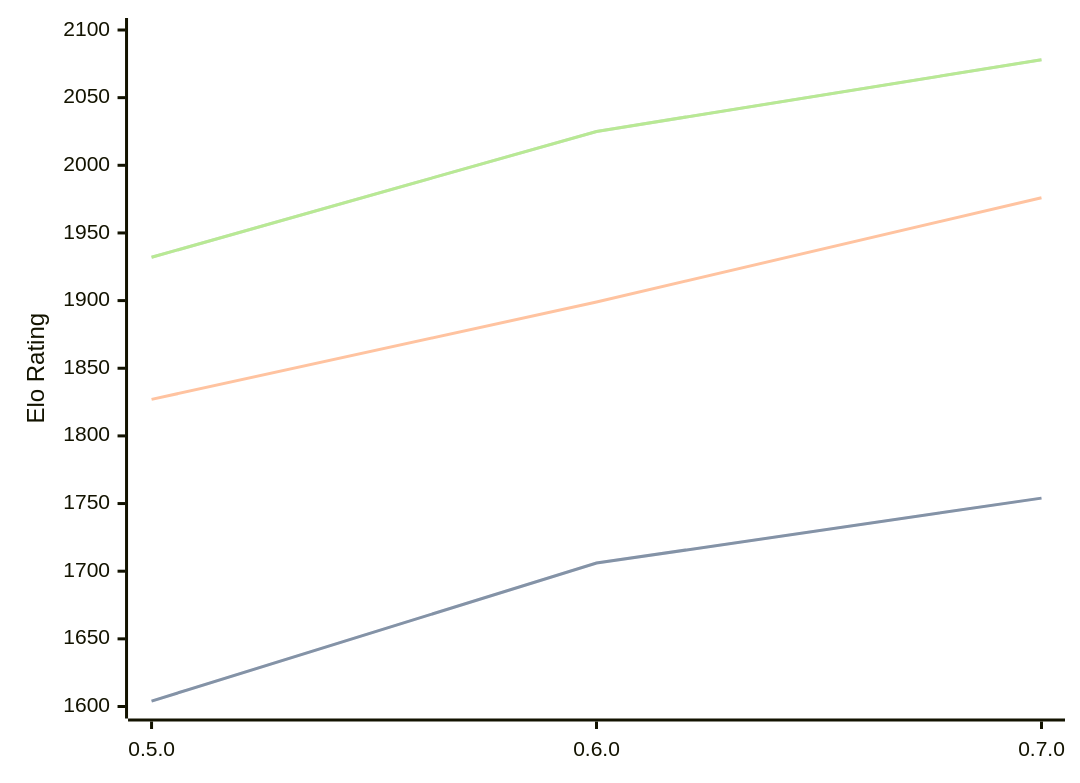
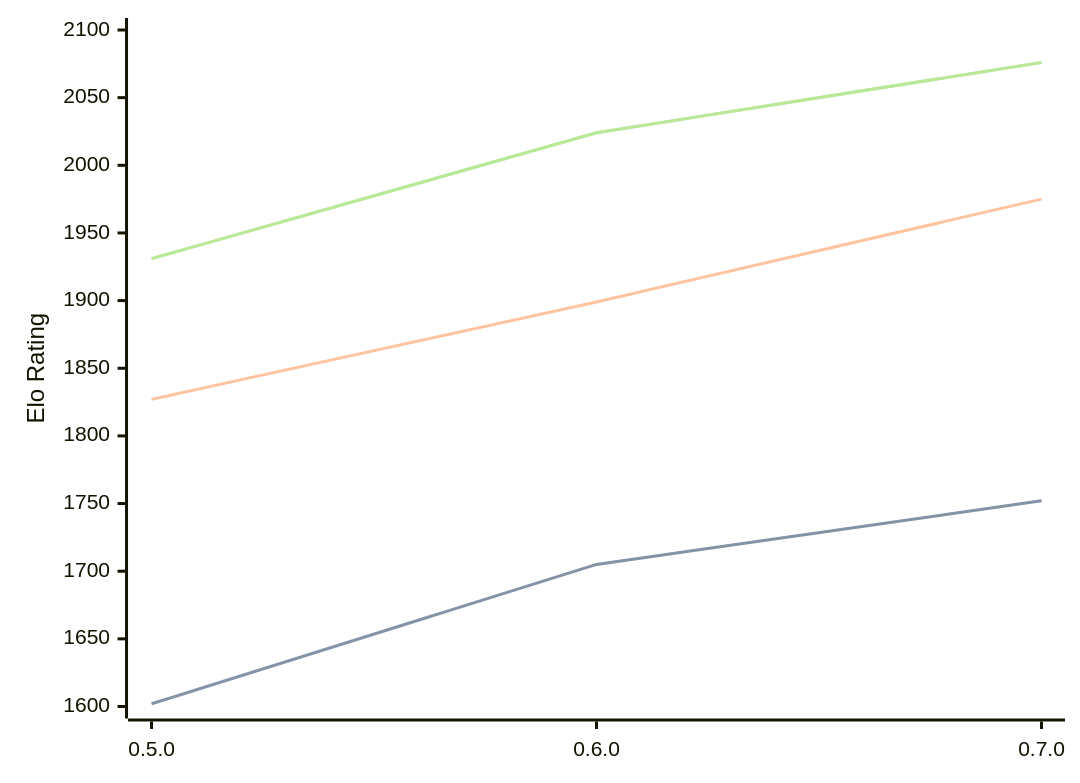
Before and after one commit to computer-chess-index/cci: the diagram in engines/Chess-rs.md, drawn with Mermaid. The commit also changed other lines of this file, not shown here.

Commit message:
Update CCI Ratings (ELO VLTC) - 2026-03-04

````diff
--- a/engines/Chess-rs.md
+++ b/engines/Chess-rs.md
@@ -39,11 +39,11 @@
 ```mermaid
 %%{init: {"theme":"base","themeVariables":{"seriesColors:['#a3a3a3','#222221','#faa371']}}}%%
 xychart-beta
   x-axis ["0.5.0", "0.6.0", "0.7.0"]
   y-axis "Elo Rating" 1600 --> 2100
-  line "STC (8.0+0.08s)" [1604, 1706, 1754]
-  line "STC (8.0+0.08s)" [1604, 1706, 1754]
-  line "LTC (60.0+0.60s)" [1827, 1899, 1976]
-  line "VLTC (2m24s+1.12s)" [1932, 2025, 2078]
-  line "VLTC (2m24s+1.12s)" [1932, 2025, 2078]
+  line "STC (8.0+0.08s)" [1602, 1705, 1752]
+  line "STC (8.0+0.08s)" [1602, 1705, 1752]
+  line "LTC (60.0+0.60s)" [1827, 1899, 1975]
+  line "VLTC (2m24s+1.12s)" [1931, 2024, 2076]
+  line "VLTC (2m24s+1.12s)" [1931, 2024, 2076]
 ```
````
